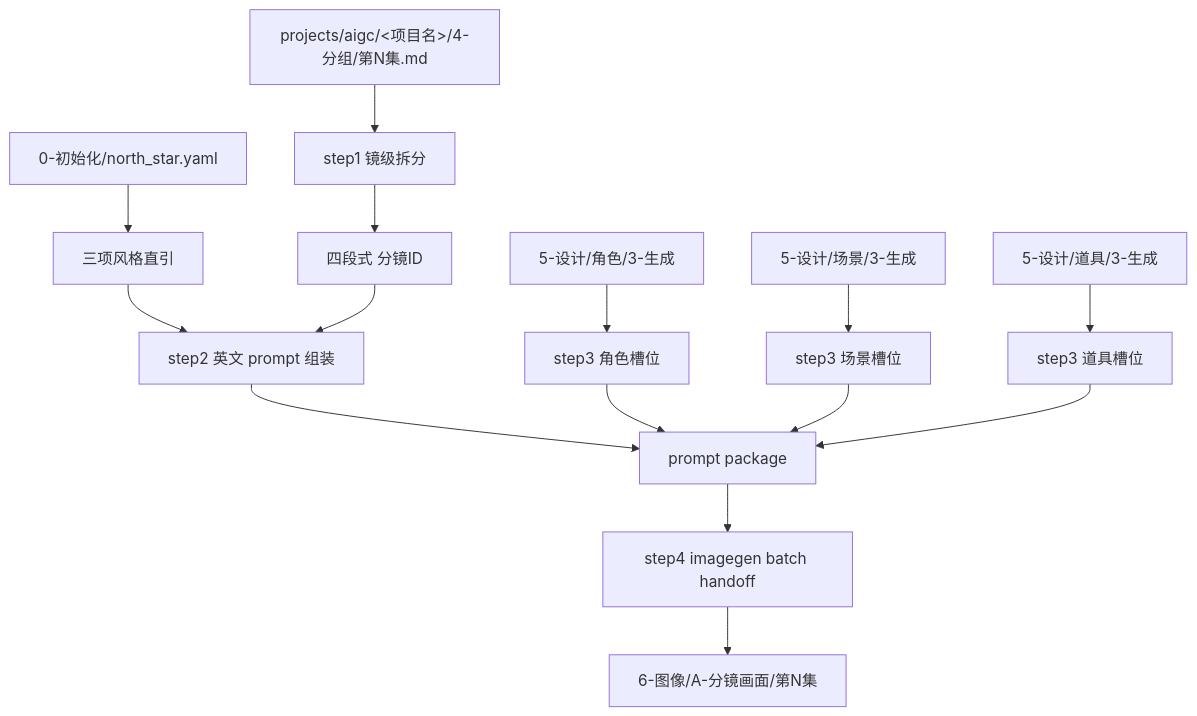
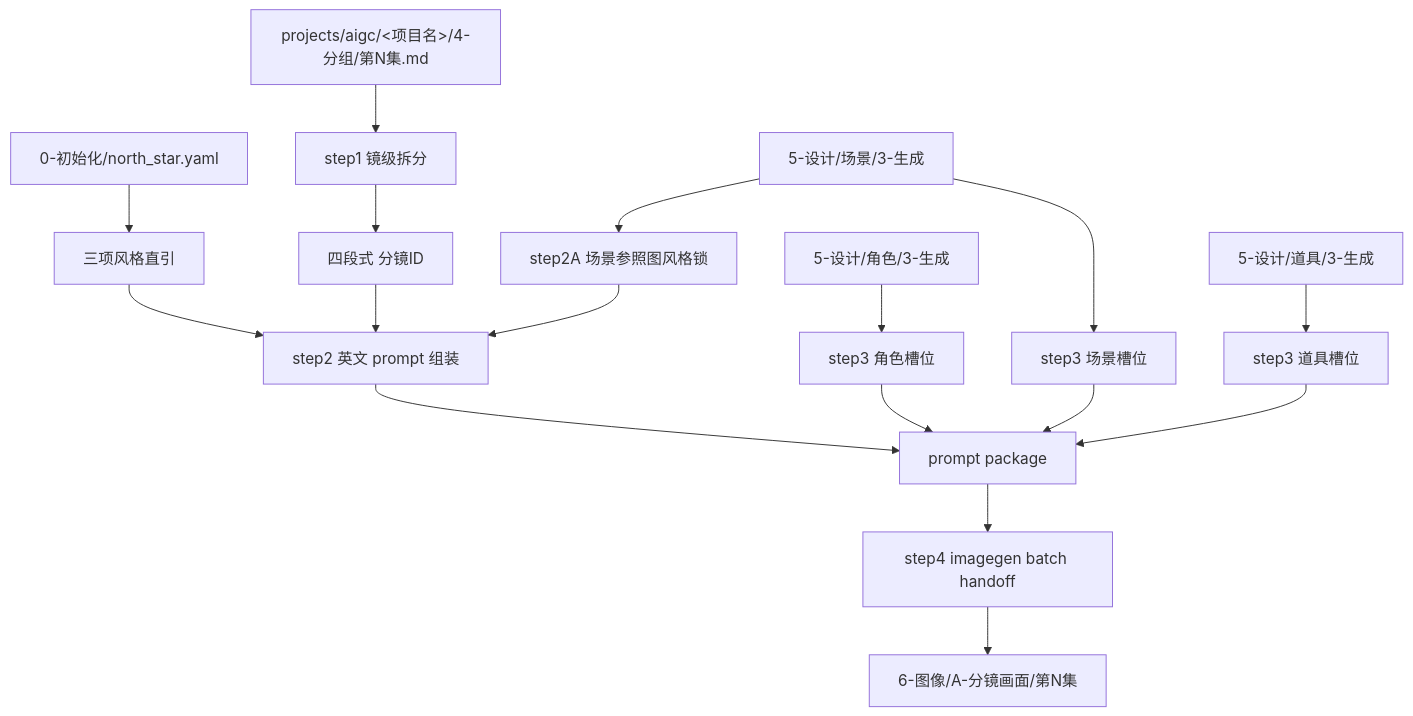
One commit to ZEN-VOID/AI-CUT changed the first of 3 diagrams in .agents/skills/aigc/6-图像/A-分镜画面/SKILL.md. Above: the diagram before and after it, drawn with Mermaid. The commit also changed other lines of this file and 122 other files, not shown here.

````diff
--- a/.agents/skills/aigc/6-图像/A-分镜画面/SKILL.md
+++ b/.agents/skills/aigc/6-图像/A-分镜画面/SKILL.md
@@ -85,17 +93,19 @@
 ```mermaid
 flowchart TD
     A["projects/aigc/<项目名>/4-分组/第N集.md"] --> B["step1 镜级拆分"]
     C["0-初始化/north_star.yaml"] --> D["三项风格直引"]
     B --> E["四段式 分镜ID"]
     D --> F["step2 英文 prompt 组装"]
     E --> F
+    I["5-设计/场景/3-生成"] --> J0["step2A 场景参照图风格锁"]
     G["5-设计/角色/3-生成"] --> H["step3 角色槽位"]
-    I["5-设计/场景/3-生成"] --> J["step3 场景槽位"]
+    J0 --> F
+    I --> J["step3 场景槽位"]
     K["5-设计/道具/3-生成"] --> L["step3 道具槽位"]
     F --> M["prompt package"]
     H --> M
     J --> M
     L --> M
     M --> N["step4 imagegen batch handoff"]
     N --> O["6-图像/A-分镜画面/第N集"]
 ```
````
